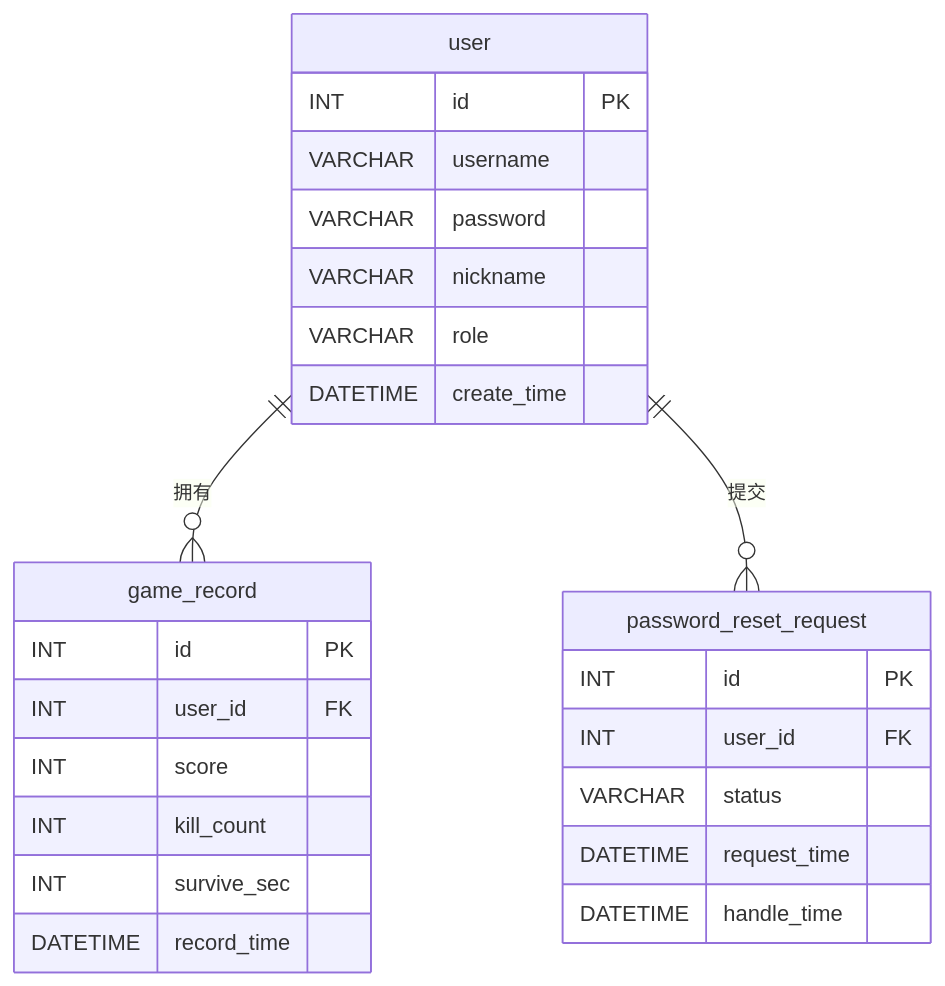
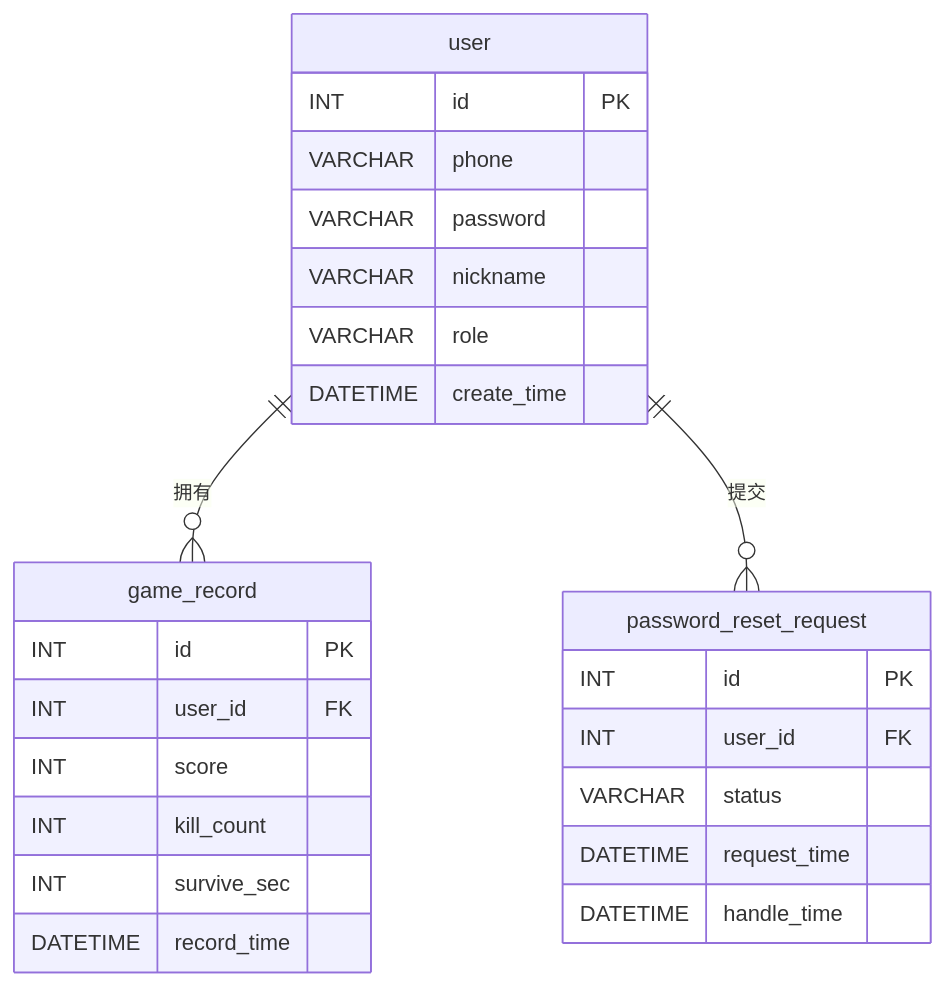
The diagram in docs/数据库设计文档.md (learnerCodeZ/javagame-zombie-shooter), drawn with Mermaid before and after one commit. The commit also changed other lines of this file and 19 other files, not shown here.

Commit message:
登录标识改手机号: username→phone(11位数字,注册/登录/忘记密码校验+输入框限11位) + 迁移v1.3 + 文档/复盘同步

````diff
--- a/docs/数据库设计文档.md
+++ b/docs/数据库设计文档.md
@@ -31,28 +31,28 @@
 ```mermaid
 erDiagram
     user ||--o{ game_record : 拥有
     user ||--o{ password_reset_request : 提交
     user {
         INT id PK
-        VARCHAR username
+        VARCHAR phone
         VARCHAR password
         VARCHAR nickname
         VARCHAR role
         DATETIME create_time
     }
     game_record {
         INT id PK
         INT user_id FK
         INT score
         INT kill_count
         INT survive_sec
         DATETIME record_time
     }
     password_reset_request {
         INT id PK
         INT user_id FK
         VARCHAR status
         DATETIME request_time
         DATETIME handle_time
     }
 ```
````
